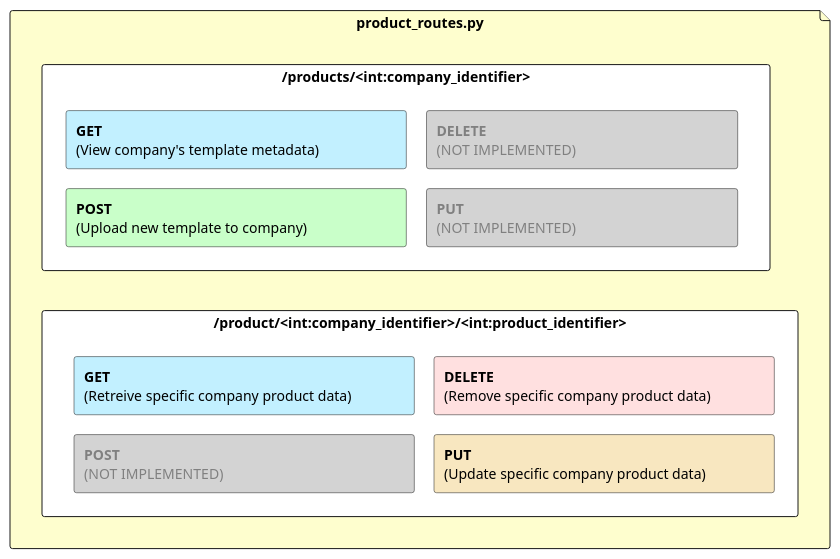
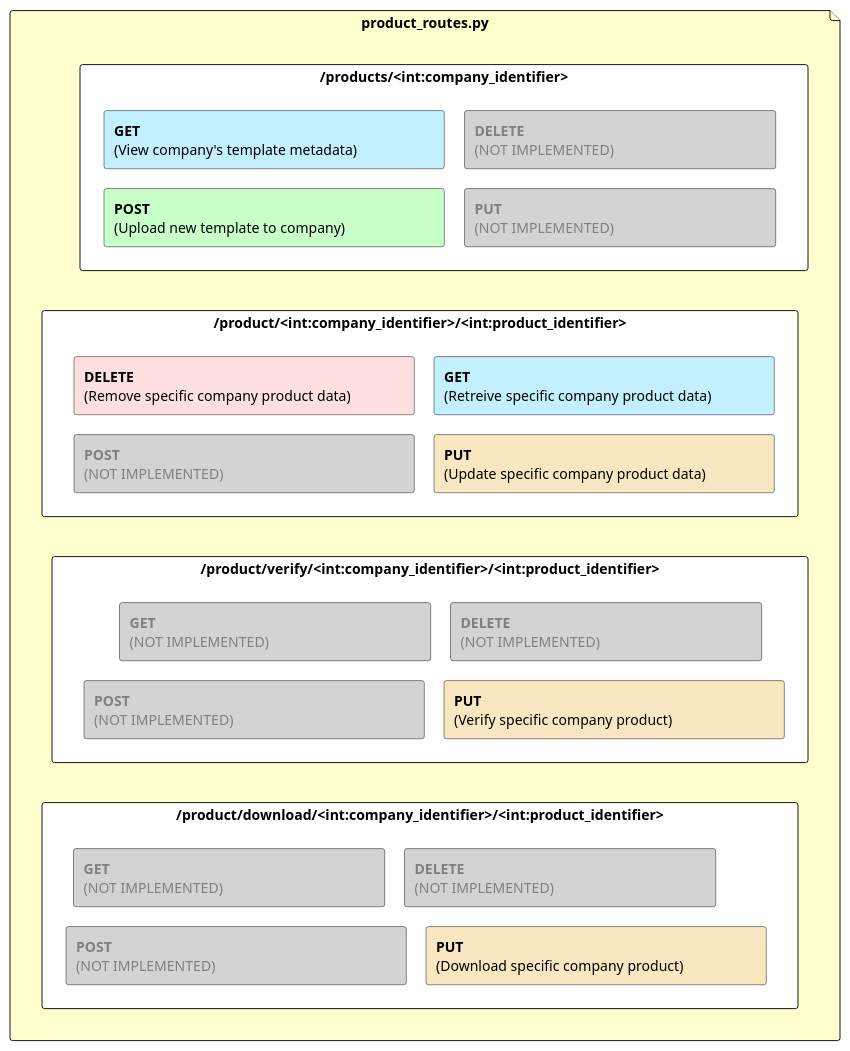
The diagram in Diagrams (PlantUml)/flask_routes_layout_files/product_routes_layout_files.plantuml (NielsPoldervaart/Project-C-Groep-4), drawn with PlantUML before and after one commit.

Commit message:
Added routes CRUD file (product verify/download)

```diff
--- a/Diagrams (PlantUml)/flask_routes_layout_files/product_routes_layout_files.plantuml
+++ b/Diagrams (PlantUml)/flask_routes_layout_files/product_routes_layout_files.plantuml
@@ -1,27 +1,43 @@
 @startuml
 skinparam minClassWidth 200
 skinparam nodesep 20
 skinparam ranksep 20
 'skinparam linetype ortho
 
 file **product_routes.py** as file_products #FEFECE {
     rectangle **/products/<int:company_identifier>** as all_products #ffffff{
-    rectangle "**GET**\n(View company's template metadata)\t\t\t" #Application
-    rectangle "<color:grey>**DELETE**\n<color:grey>(NOT IMPLEMENTED)\t\t\t\t\t\t" #lightgrey
-    rectangle "**POST**\n(Upload new template to company)\t\t\t\t" #technology
-    rectangle "<color:grey>**PUT**\n<color:grey>(NOT IMPLEMENTED)\t\t\t\t\t\t" #lightgrey
+    rectangle "**GET**\n(View company's template metadata)\t\t\t" as a #Application
+    rectangle "<color:grey>**DELETE**\n<color:grey>(NOT IMPLEMENTED)\t\t\t\t\t\t" as b #lightgrey
+    rectangle "**POST**\n(Upload new template to company)\t\t\t\t" as c #technology
+    rectangle "<color:grey>**PUT**\n<color:grey>(NOT IMPLEMENTED)\t\t\t\t\t\t" as d #lightgrey
     }
 
+    rectangle **/product/verify/<int:company_identifier>/<int:product_identifier>** as verify_product #ffffff{
+    rectangle "<color:grey>**GET**\n<color:grey>(NOT IMPLEMENTED)\t\t\t\t\t\t" as i #lightgrey
+    rectangle "<color:grey>**DELETE**\n<color:grey>(NOT IMPLEMENTED)\t\t\t\t\t\t" as j #lightgrey
+    rectangle "<color:grey>**POST**\n<color:grey>(NOT IMPLEMENTED)  \t\t\t\t\t\t" as k#lightgrey
+    rectangle "**PUT**\n(Verify specific company product)\t\t\t\t"  as l#Strategy
+    }
     rectangle **/product/<int:company_identifier>/<int:product_identifier>** as specific_product #ffffff{
-    rectangle "**GET**\n(Retreive specific company product data)\t\t" #Application
-    rectangle "**DELETE**\n(Remove specific company product data)\t\t" #Implementation
-    rectangle "<color:grey>**POST**\n<color:grey>(NOT IMPLEMENTED)  \t\t\t\t\t\t" #lightgrey
-    rectangle "**PUT**\n(Update specific company product data)\t\t\t" #Strategy
+    rectangle "**GET**\n(Retreive specific company product data)\t\t" as e#Application
+    rectangle "**DELETE**\n(Remove specific company product data)\t\t" as f #Implementation
+    rectangle "<color:grey>**POST**\n<color:grey>(NOT IMPLEMENTED)  \t\t\t\t\t\t" as g#lightgrey
+    rectangle "**PUT**\n(Update specific company product data)\t\t\t" as h #Strategy
     }
+
+    rectangle **/product/download/<int:company_identifier>/<int:product_identifier>** as download_product #ffffff{
+    rectangle "<color:grey>**GET**\n<color:grey>(NOT IMPLEMENTED)\t\t\t\t\t\t" as m #lightgrey
+    rectangle "<color:grey>**DELETE**\n<color:grey>(NOT IMPLEMENTED)\t\t\t\t\t\t" as n #lightgrey
+    rectangle "<color:grey>**POST**\n<color:grey>(NOT IMPLEMENTED)  \t\t\t\t\t\t" as o#lightgrey
+    rectangle "**PUT**\n(Download specific company product)\t\t\t"  as p #Strategy
+    }
+
 }
 
 'file_products -d--> all_products
 'file_products ---> specific_product
 all_products --[HIDDEN]-> specific_product
+specific_product --[HIDDEN]-> verify_product
+verify_product --[HIDDEN]-> download_product
 
 @enduml
```
